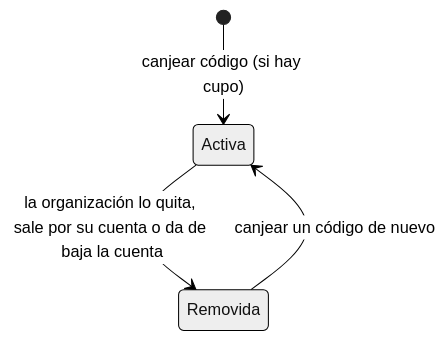
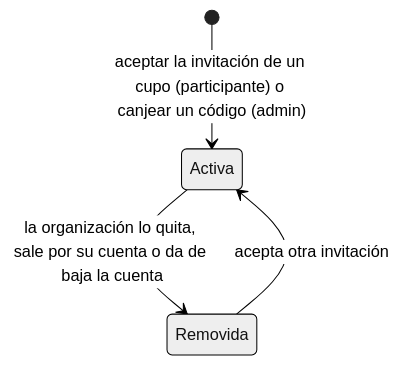
The fifth of 17 diagrams in docs/diagrams/state.md (signasource/signa-api), drawn with Mermaid (neutral theme) before and after one commit. The commit also changed other lines of this file and 4 other files, not shown here.

First line of the commit message:
docs: sync CLAUDE.md, README and diagrams with the current code

````diff
--- a/docs/diagrams/state.md
+++ b/docs/diagrams/state.md
@@ -70,6 +90,6 @@
 ```mermaid
 stateDiagram-v2
-    [*] --> Activa : canjear código (si hay cupo)
+    [*] --> Activa : aceptar la invitación de un cupo (participante) o canjear un código (admin)
     Activa --> Removida : la organización lo quita, sale por su cuenta o da de baja la cuenta
-    Removida --> Activa : canjear un código de nuevo
+    Removida --> Activa : acepta otra invitación
 ```
````
